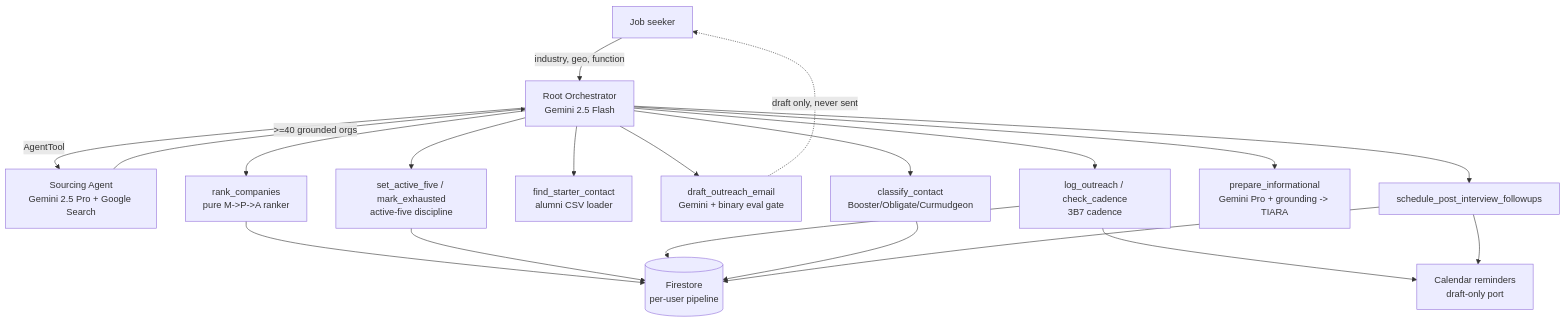
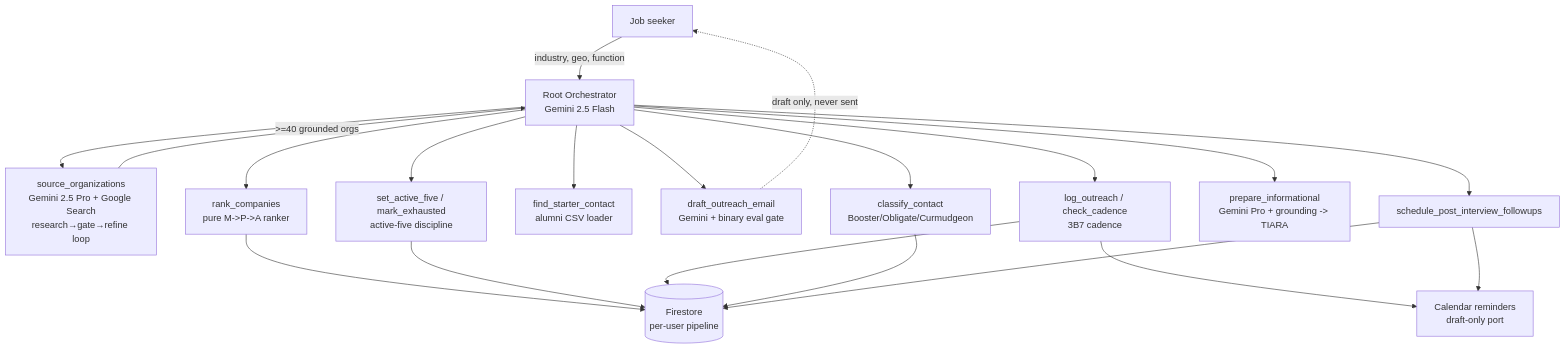
Before and after one commit to zaeem-rafiq/advocate: the diagram in docs/ARCHITECTURE.md, drawn with Mermaid. The commit also changed other lines of this file and 9 other files, not shown here.

First line of the commit message:
feat(sourcing): iterative, count-enforced LAMP loop (Deep Search reuse)

````diff
--- a/docs/ARCHITECTURE.md
+++ b/docs/ARCHITECTURE.md
@@ -12,26 +13,26 @@
 ```mermaid
 flowchart TD
     U[Job seeker] -->|industry, geo, function| O[Root Orchestrator<br/>Gemini 2.5 Flash]
 
-    O -->|AgentTool| S[Sourcing Agent<br/>Gemini 2.5 Pro + Google Search]
+    O --> S[source_organizations<br/>Gemini 2.5 Pro + Google Search<br/>research→gate→refine loop]
     S -->|>=40 grounded orgs| O
 
     O --> R[rank_companies<br/>pure M->P->A ranker]
     O --> A5[set_active_five / mark_exhausted<br/>active-five discipline]
     O --> FC[find_starter_contact<br/>alumni CSV loader]
     O --> D[draft_outreach_email<br/>Gemini + binary eval gate]
     O --> SC[log_outreach / check_cadence<br/>3B7 cadence]
     O --> CL[classify_contact<br/>Booster/Obligate/Curmudgeon]
     O --> P[prepare_informational<br/>Gemini Pro + grounding -> TIARA]
     O --> FU[schedule_post_interview_followups]
 
     R --> ST[(Firestore<br/>per-user pipeline)]
     A5 --> ST
     SC --> ST
     CL --> ST
     FU --> ST
     SC --> CAL[Calendar reminders<br/>draft-only port]
     FU --> CAL
 
     D -.->|draft only, never sent| U
 ```
````
